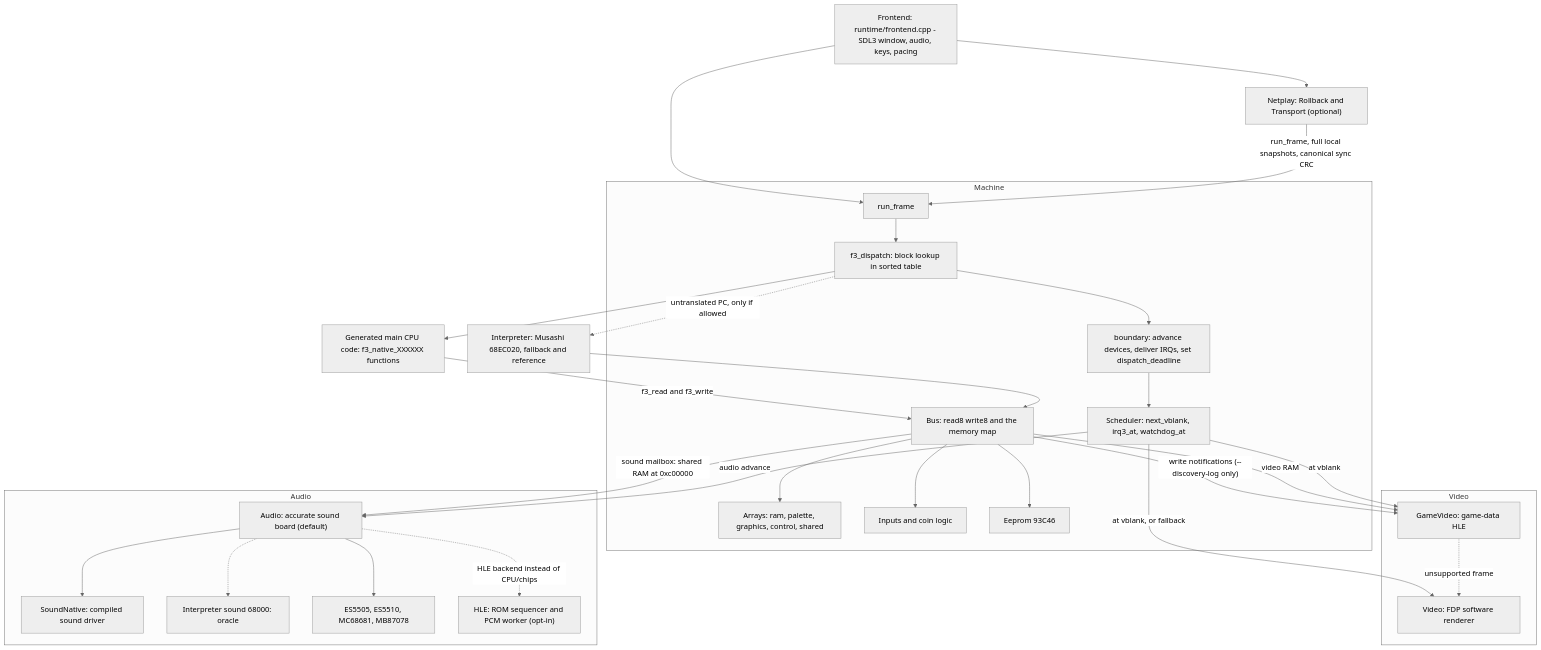
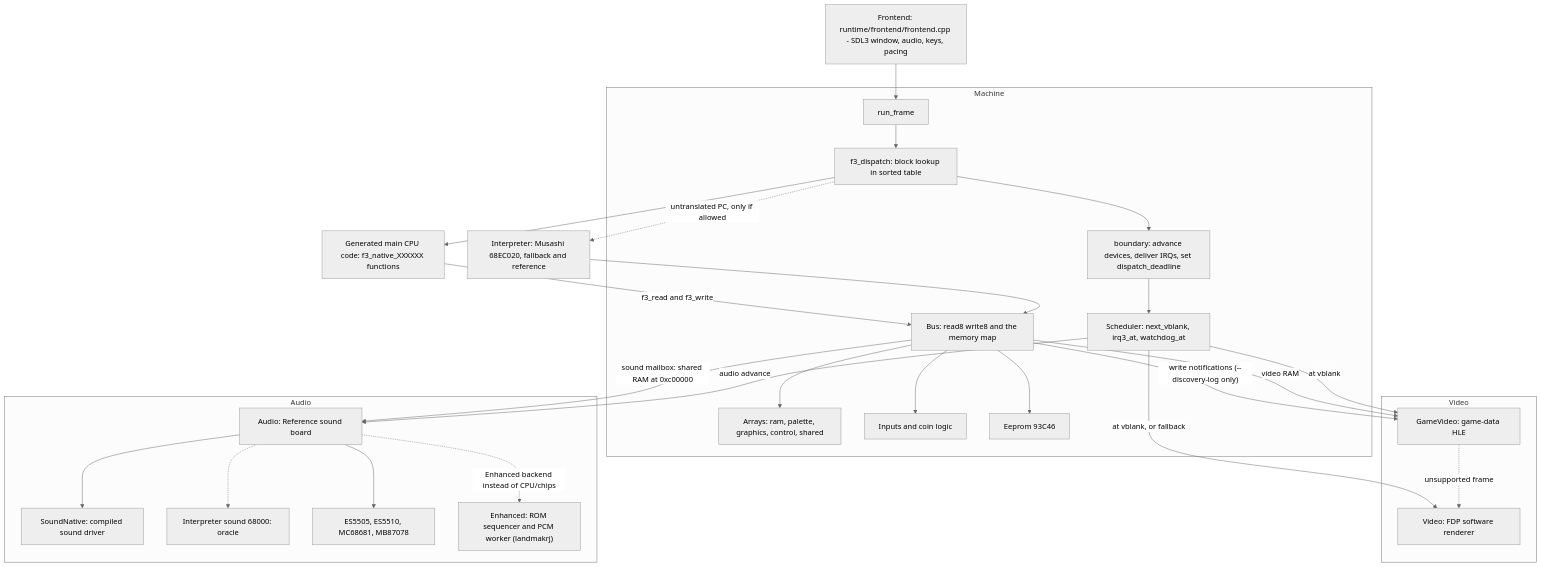
Before and after one commit to ansxor/f3-recomp: the second of 3 diagrams in docs/site/developer/architecture.md, drawn with Mermaid (neutral theme). The commit also changed other lines of this file and 319 other files, not shown here.

````diff
--- a/docs/site/developer/architecture.md
+++ b/docs/site/developer/architecture.md
@@ -103,52 +103,49 @@
 ```mermaid
 flowchart TB
-    FE["Frontend: runtime/frontend.cpp - SDL3 window, audio, keys, pacing"]
-    NP["Netplay: Rollback and Transport (optional)"]
+    FE["Frontend: runtime/frontend/frontend.cpp - SDL3 window, audio, keys, pacing"]
     subgraph M["Machine"]
         RF["run_frame"]
         DISP["f3_dispatch: block lookup in sorted table"]
         BND["boundary: advance devices, deliver IRQs, set dispatch_deadline"]
         SCH["Scheduler: next_vblank, irq3_at, watchdog_at"]
         BUS["Bus: read8 write8 and the memory map"]
         MEM["Arrays: ram, palette, graphics, control, shared"]
         IN["Inputs and coin logic"]
         EE["Eeprom 93C46"]
     end
     GEN["Generated main CPU code: f3_native_XXXXXX functions"]
     INT["Interpreter: Musashi 68EC020, fallback and reference"]
     subgraph VID["Video"]
         GV["GameVideo: game-data HLE"]
         FDP["Video: FDP software renderer"]
     end
     subgraph AUD["Audio"]
-        AU["Audio: accurate sound board (default)"]
+        AU["Audio: Reference sound board"]
         SN["SoundNative: compiled sound driver"]
         SI["Interpreter sound 68000: oracle"]
         CH["ES5505, ES5510, MC68681, MB87078"]
-        HW["HLE: ROM sequencer and PCM worker (opt-in)"]
+        HW["Enhanced: ROM sequencer and PCM worker (landmakrj)"]
     end
     FE --> RF
-    NP -->|"run_frame, full local snapshots, canonical sync CRC"| RF
-    FE --> NP
     RF --> DISP
     DISP --> BND
     BND --> SCH
     DISP --> GEN
     DISP -.->|"untranslated PC, only if allowed"| INT
     GEN -->|"f3_read and f3_write"| BUS
     INT --> BUS
     BUS --> MEM
     BUS --> IN
     BUS --> EE
     BUS -->|"sound mailbox: shared RAM at 0xc00000"| AU
     BUS -->|"write notifications (--discovery-log only)"| GV
     BUS -->|"video RAM"| GV
     SCH -->|"at vblank"| GV
     SCH -->|"at vblank, or fallback"| FDP
     GV -.->|"unsupported frame"| FDP
     SCH -->|"audio advance"| AU
     AU --> CH
     AU --> SN
     AU -.-> SI
-    AU -.->|"HLE backend instead of CPU/chips"| HW
+    AU -.->|"Enhanced backend instead of CPU/chips"| HW
 ```
````
